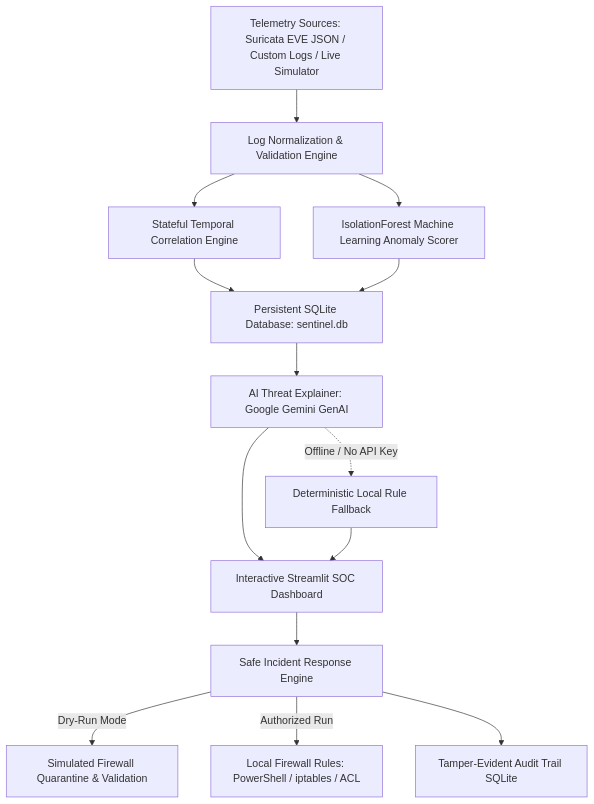
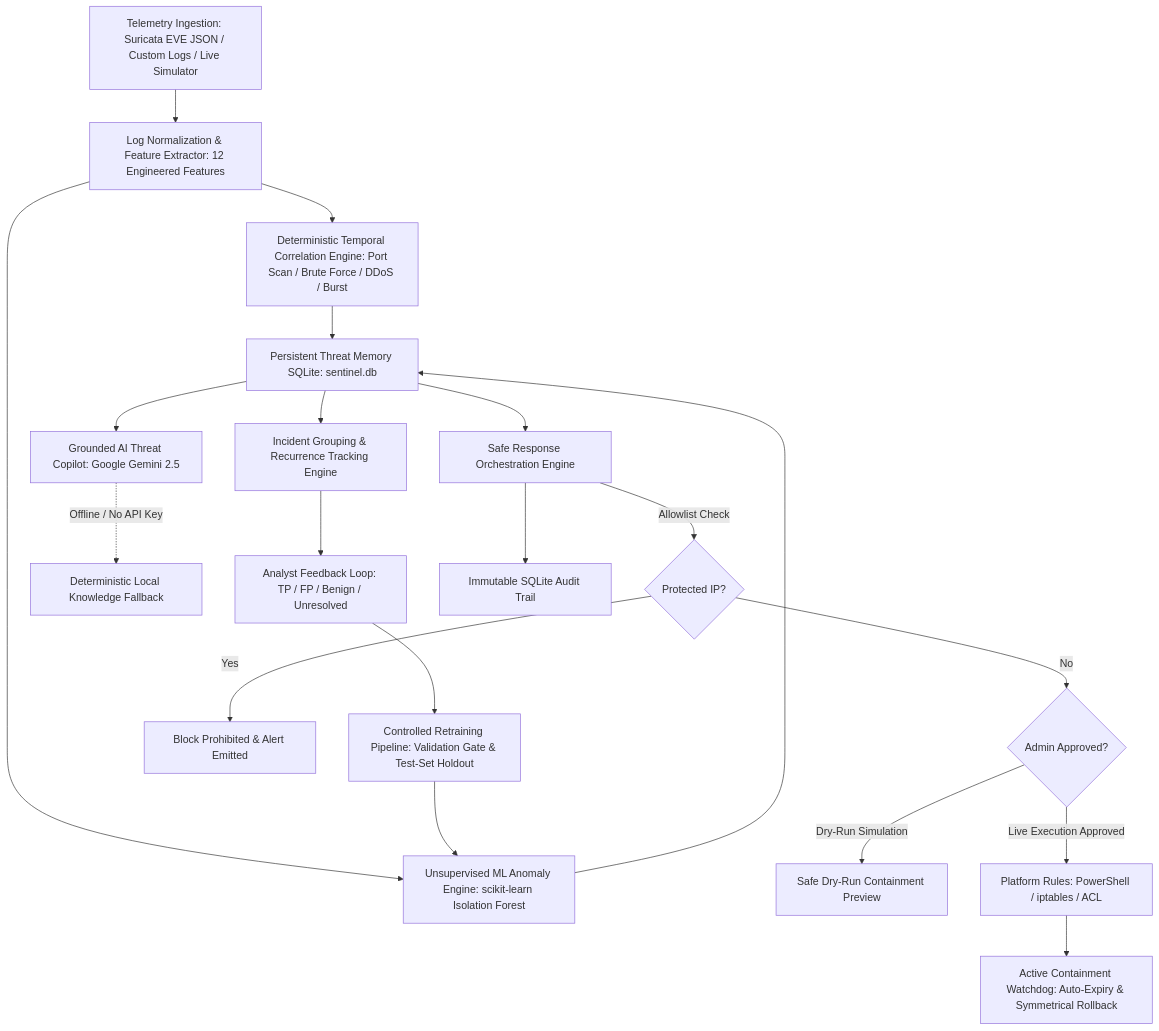
One commit to JIYA-R5/CYBERplus changed the diagram in README.md. Above: the diagram before and after it, drawn with Mermaid. The commit also changed other lines of this file and 17 other files, not shown here.

Commit message:
Upgrade SentinelAI with ML Threat Intelligence, persistent threat memory, and adaptive response orchestration

````diff
--- a/README.md
+++ b/README.md
@@ -14,16 +17,22 @@
 ```mermaid
 graph TD
-    A[Telemetry Sources: Suricata EVE JSON / Custom Logs / Live Simulator] --> B[Log Normalization & Validation Engine]
-    B --> C[Stateful Temporal Correlation Engine]
-    B --> D[IsolationForest Machine Learning Anomaly Scorer]
-    C --> E[Persistent SQLite Database: sentinel.db]
+    A[Telemetry Ingestion: Suricata EVE JSON / Custom Logs / Live Simulator] --> B[Log Normalization & Feature Extractor: 12 Engineered Features]
+    B --> C[Deterministic Temporal Correlation Engine: Port Scan / Brute Force / DDoS / Burst]
+    B --> D[Unsupervised ML Anomaly Engine: scikit-learn Isolation Forest]
+    C --> E[Persistent Threat Memory SQLite: sentinel.db]
     D --> E
-    E --> F[AI Threat Explainer: Google Gemini GenAI]
-    F -.->|Offline / No API Key| G[Deterministic Local Rule Fallback]
-    F --> H[Interactive Streamlit SOC Dashboard]
-    G --> H
-    H --> I[Safe Incident Response Engine]
-    I -->|Dry-Run Mode| J[Simulated Firewall Quarantine & Validation]
-    I -->|Authorized Run| K[Local Firewall Rules: PowerShell / iptables / ACL]
-    I --> L[Tamper-Evident Audit Trail SQLite]
+    E --> F[Incident Grouping & Recurrence Tracking Engine]
+    F --> G[Analyst Feedback Loop: TP / FP / Benign / Unresolved]
+    G --> H[Controlled Retraining Pipeline: Validation Gate & Test-Set Holdout]
+    H --> D
+    E --> I[Grounded AI Threat Copilot: Google Gemini 2.5]
+    I -.->|Offline / No API Key| J[Deterministic Local Knowledge Fallback]
+    E --> K[Safe Response Orchestration Engine]
+    K -->|Allowlist Check| L{Protected IP?}
+    L -->|Yes| M[Block Prohibited & Alert Emitted]
+    L -->|No| N{Admin Approved?}
+    N -->|Dry-Run Simulation| O[Safe Dry-Run Containment Preview]
+    N -->|Live Execution Approved| P[Platform Rules: PowerShell / iptables / ACL]
+    P --> Q[Active Containment Watchdog: Auto-Expiry & Symmetrical Rollback]
+    K --> R[Immutable SQLite Audit Trail]
 ```
````
